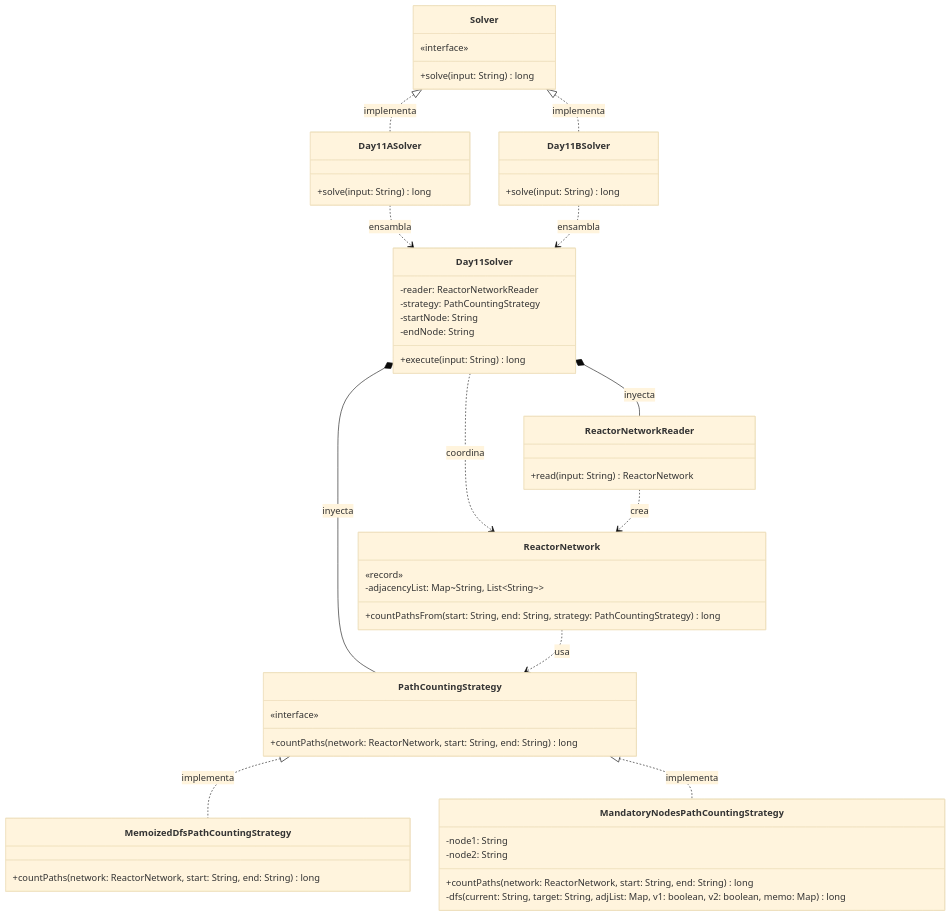
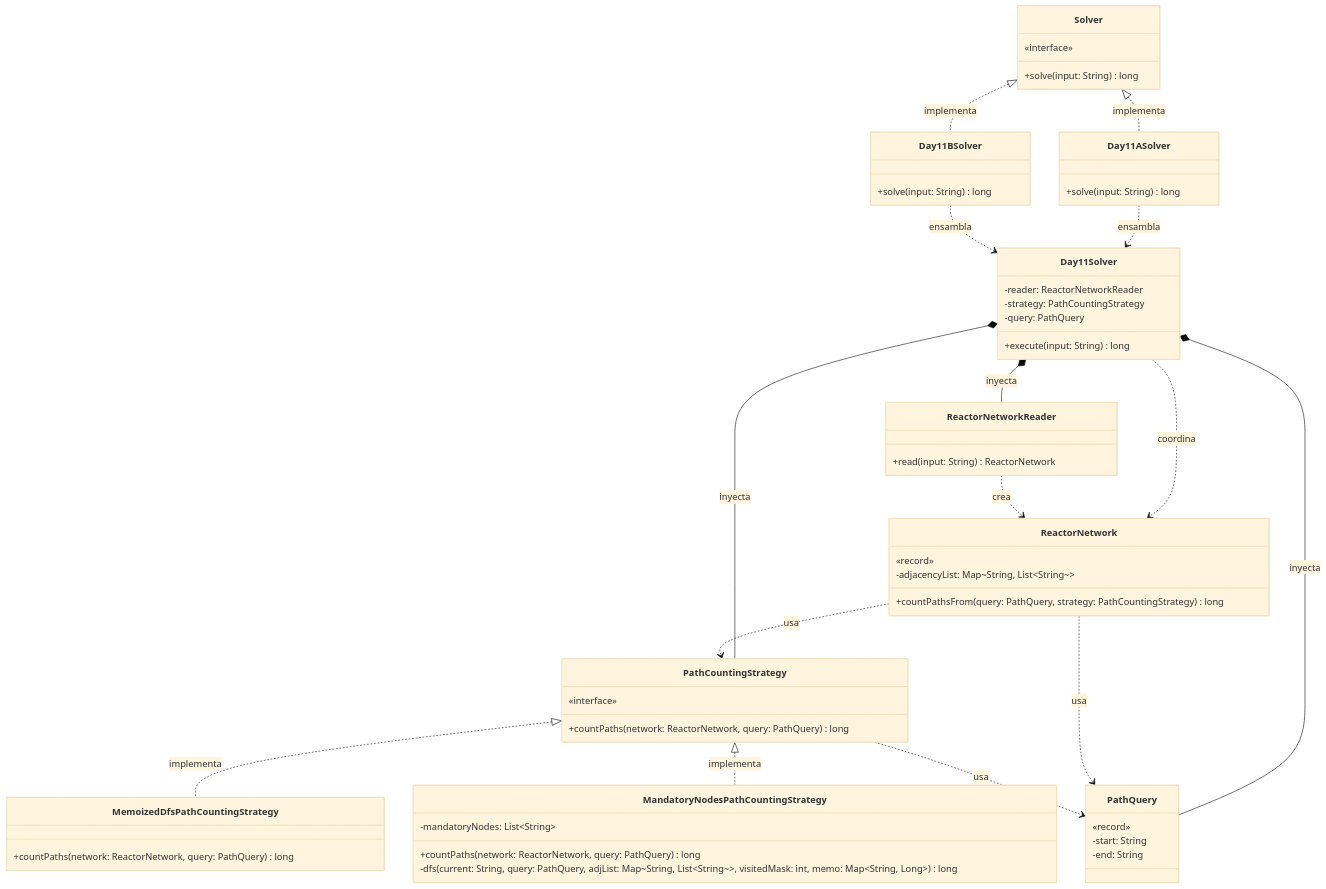
One commit to ivanperezdiaz829/AoC2025 changed the diagram in src/main/java/software/aoc/day11/README.md. Above: the diagram before and after it, drawn with Mermaid (base theme). The commit also changed other lines of this file and 9 other files, not shown here.

````diff
--- a/src/main/java/software/aoc/day11/README.md
+++ b/src/main/java/software/aoc/day11/README.md
@@ -33,66 +39,73 @@
 ```mermaid
 classDiagram
   class Solver {
     «interface»
     +solve(input: String) long
   }
 
   class Day11ASolver {
     +solve(input: String) long
   }
 
   class Day11BSolver {
     +solve(input: String) long
   }
 
   class Day11Solver {
     -reader: ReactorNetworkReader
     -strategy: PathCountingStrategy
-    -startNode: String
-    -endNode: String
+    -query: PathQuery
     +execute(input: String) long
+  }
+
+  class PathQuery {
+    «record»
+    -start: String
+    -end: String
   }
 
   class ReactorNetwork {
     «record»
     -adjacencyList: Map~String, List~String~~
-    +countPathsFrom(start: String, end: String, strategy: PathCountingStrategy) long
+    +countPathsFrom(query: PathQuery, strategy: PathCountingStrategy) long
   }
 
   class PathCountingStrategy {
     «interface»
-    +countPaths(network: ReactorNetwork, start: String, end: String) long
+    +countPaths(network: ReactorNetwork, query: PathQuery) long
   }
 
   class MemoizedDfsPathCountingStrategy {
-    +countPaths(network: ReactorNetwork, start: String, end: String) long
+    +countPaths(network: ReactorNetwork, query: PathQuery) long
   }
 
   class MandatoryNodesPathCountingStrategy {
-    -node1: String
-    -node2: String
-    +countPaths(network: ReactorNetwork, start: String, end: String) long
-    -dfs(current: String, target: String, adjList: Map, v1: boolean, v2: boolean, memo: Map) long
+    -mandatoryNodes: List~String~
+    +countPaths(network: ReactorNetwork, query: PathQuery) long
+    -dfs(current: String, query: PathQuery, adjList: Map~String, List~String~~, visitedMask: int, memo: Map~String, Long~) long
   }
 
   class ReactorNetworkReader {
     +read(input: String) ReactorNetwork
   }
 
 %% Relaciones de Implementación
   Solver <|.. Day11ASolver : implementa
   Solver <|.. Day11BSolver : implementa
   PathCountingStrategy <|.. MemoizedDfsPathCountingStrategy : implementa
   PathCountingStrategy <|.. MandatoryNodesPathCountingStrategy : implementa
 
 %% Relaciones de Ensamblaje e Inyección
   Day11ASolver ..> Day11Solver : ensambla
   Day11BSolver ..> Day11Solver : ensambla
   Day11Solver *-- ReactorNetworkReader : inyecta
   Day11Solver *-- PathCountingStrategy : inyecta
+  Day11Solver *-- PathQuery : inyecta
 
 %% Relaciones de Dominio
   Day11Solver ..> ReactorNetwork : coordina
   ReactorNetwork ..> PathCountingStrategy : usa
+  ReactorNetwork ..> PathQuery : usa
+  PathCountingStrategy ..> PathQuery : usa
   ReactorNetworkReader ..> ReactorNetwork : crea
 ```
````
